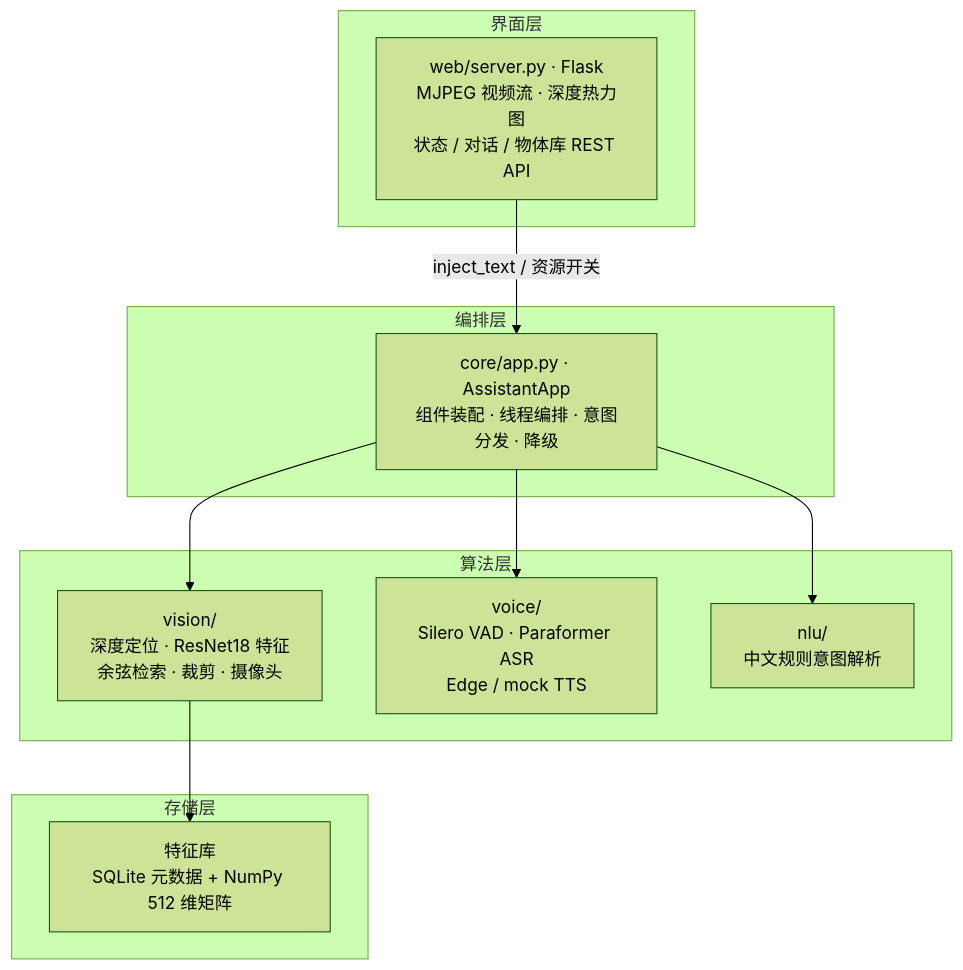
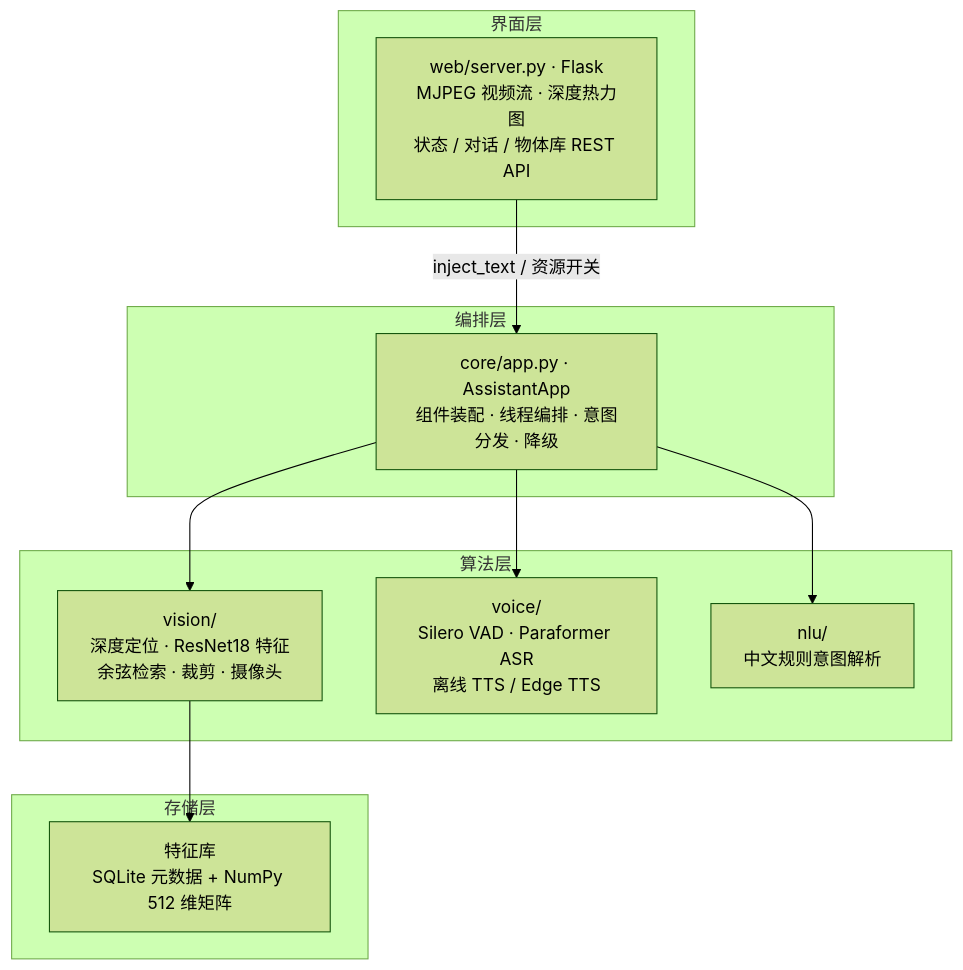
The first of 2 diagrams in README.md (DaShygoa/offline-vision-voice-assistant), drawn with Mermaid (forest theme) before and after one commit. The commit also changed other lines of this file and 14 other files, not shown here.

````diff
--- a/README.md
+++ b/README.md
@@ -17,22 +17,22 @@
 ```mermaid
 flowchart TB
     subgraph UI["界面层"]
         WEB["web/server.py · Flask<br/>MJPEG 视频流 · 深度热力图<br/>状态 / 对话 / 物体库 REST API"]
     end
     subgraph CORE["编排层"]
         APP["core/app.py · AssistantApp<br/>组件装配 · 线程编排 · 意图分发 · 降级"]
     end
     subgraph ALGO["算法层"]
         V["vision/<br/>深度定位 · ResNet18 特征<br/>余弦检索 · 裁剪 · 摄像头"]
-        A["voice/<br/>Silero VAD · Paraformer ASR<br/>Edge / mock TTS"]
+        A["voice/<br/>Silero VAD · Paraformer ASR<br/>离线 TTS / Edge TTS"]
         N["nlu/<br/>中文规则意图解析"]
     end
     subgraph MEM["存储层"]
         BANK["特征库<br/>SQLite 元数据 + NumPy 512 维矩阵"]
     end
     WEB -->|"inject_text / 资源开关"| APP
     APP --> V
     APP --> A
     APP --> N
     V --> BANK
 ```
````
